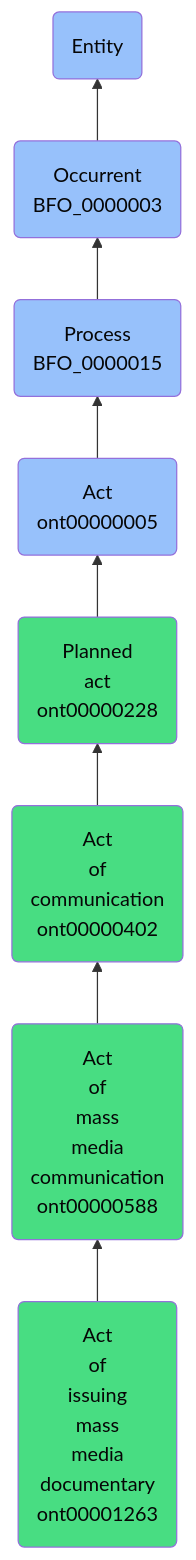
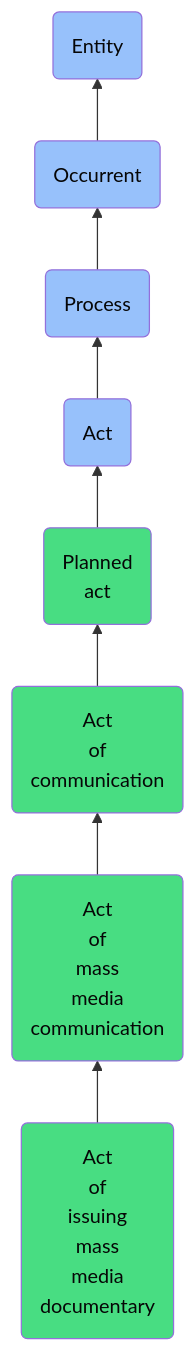
The diagram in docs/ontology/reference/model/Entity/Occurrent/Process/Act/Planned act/Act of communication/Act of mass media communication/Act of issuing mass media documentary/Act of issuing mass media documentary.md (jupyter-naas/abi), drawn with Mermaid before and after one commit. The commit also changed other lines of this file and 1430 other files, not shown here.

````diff
--- a/docs/ontology/reference/model/Entity/Occurrent/Process/Act/Planned act/Act of communication/Act of mass media communication/Act of issuing mass media documentary/Act of issuing mass media documentary.md
+++ b/docs/ontology/reference/model/Entity/Occurrent/Process/Act/Planned act/Act of communication/Act of mass media communication/Act of issuing mass media documentary/Act of issuing mass media documentary.md
@@ -24,15 +24,15 @@
 ```mermaid
 graph BT
-    ont00001263(Act<br>of<br>issuing<br>mass<br>media<br>documentary<br>ont00001263):::ABI-->ont00000588
-    ont00000588(Act<br>of<br>mass<br>media<br>communication<br>ont00000588):::ABI-->ont00000402
-    ont00000402(Act<br>of<br>communication<br>ont00000402):::ABI-->ont00000228
-    ont00000228(Planned<br>act<br>ont00000228):::ABI-->ont00000005
-    ont00000005(Act<br>ont00000005):::BFO-->BFO_0000015
-    BFO_0000015(Process<br>BFO_0000015):::BFO-->BFO_0000003
-    BFO_0000003(Occurrent<br>BFO_0000003):::BFO-->BFO_0000001
+    ont00001263(Act<br>of<br>issuing<br>mass<br>media<br>documentary):::ABI-->ont00000588
+    ont00000588(Act<br>of<br>mass<br>media<br>communication):::ABI-->ont00000402
+    ont00000402(Act<br>of<br>communication):::ABI-->ont00000228
+    ont00000228(Planned<br>act):::ABI-->ont00000005
+    ont00000005(Act):::BFO-->BFO_0000015
+    BFO_0000015(Process):::BFO-->BFO_0000003
+    BFO_0000003(Occurrent):::BFO-->BFO_0000001
     BFO_0000001(Entity):::BFO
     
     classDef BFO fill:#97c1fb,color:#060606
     classDef CCO fill:#e4c51e,color:#060606
     classDef ABI fill:#48DD82,color:#060606
 ```
````
